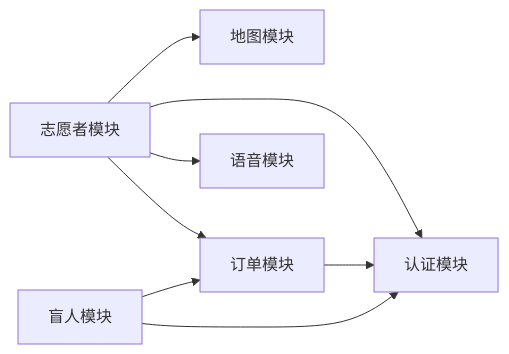
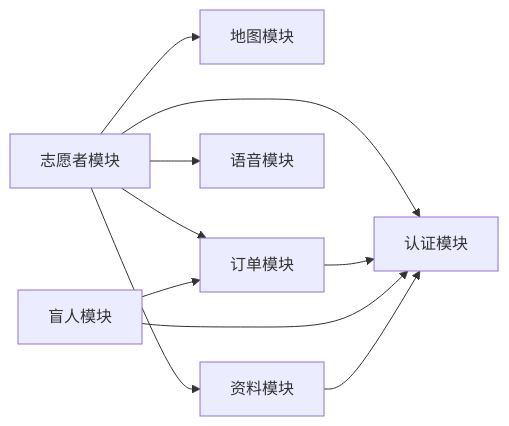
Before and after one commit to Jayden23018/blind-run-ios: the ninth of 10 diagrams in .qoder/repowiki/zh/content/核心功能模块/志愿者功能/志愿者功能.md, drawn with Mermaid. The commit also changed other lines of this file and 13 other files, not shown here.

Commit message:
Fix volunteer profile flow and acceptance guards

````diff
--- a/.qoder/repowiki/zh/content/核心功能模块/志愿者功能/志愿者功能.md
+++ b/.qoder/repowiki/zh/content/核心功能模块/志愿者功能/志愿者功能.md
@@ -302,10 +374,12 @@
 ```mermaid
 graph LR
 VOL["志愿者模块"] --> AUTH["认证模块"]
 VOL --> MAP["地图模块"]
 VOL --> ORD["订单模块"]
 VOL --> VOICE["语音模块"]
+VOL --> PROF["资料模块"]
 ORD --> AUTH
 BR["盲人模块"] --> ORD
 BR --> AUTH
+PROF --> AUTH
 ```
````
